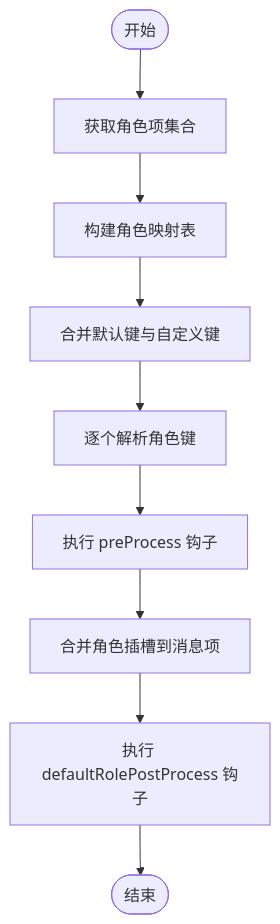
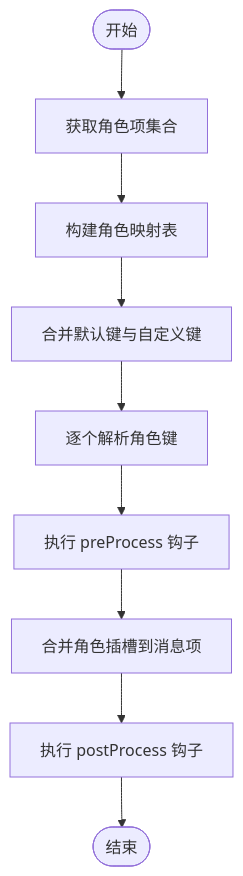
Before and after one commit to modelscope/modelscope-studio: the third of 5 diagrams in .wiki/zh/Ant Design X 组件库/通用组件/Bubble 对话气泡/Bubble.Role 角色标识组件.md, drawn with Mermaid. The commit also changed other lines of this file and 43 other files, not shown here.

````diff
--- a/.wiki/zh/Ant Design X 组件库/通用组件/Bubble 对话气泡/Bubble.Role 角色标识组件.md
+++ b/.wiki/zh/Ant Design X 组件库/通用组件/Bubble 对话气泡/Bubble.Role 角色标识组件.md
@@ -175,11 +175,11 @@
 ```mermaid
 flowchart TD
 Start(["开始"]) --> GetRoleItems["获取角色项集合"]
 GetRoleItems --> BuildMap["构建角色映射表"]
 BuildMap --> MergeKeys["合并默认键与自定义键"]
 MergeKeys --> ResolveEach["逐个解析角色键"]
 ResolveEach --> PreProcess["执行 preProcess 钩子"]
 PreProcess --> PatchSlots["合并角色插槽到消息项"]
-PatchSlots --> PostProcess["执行 defaultRolePostProcess 钩子"]
+PatchSlots --> PostProcess["执行 postProcess 钩子"]
 PostProcess --> End(["结束"])
 ```
````
